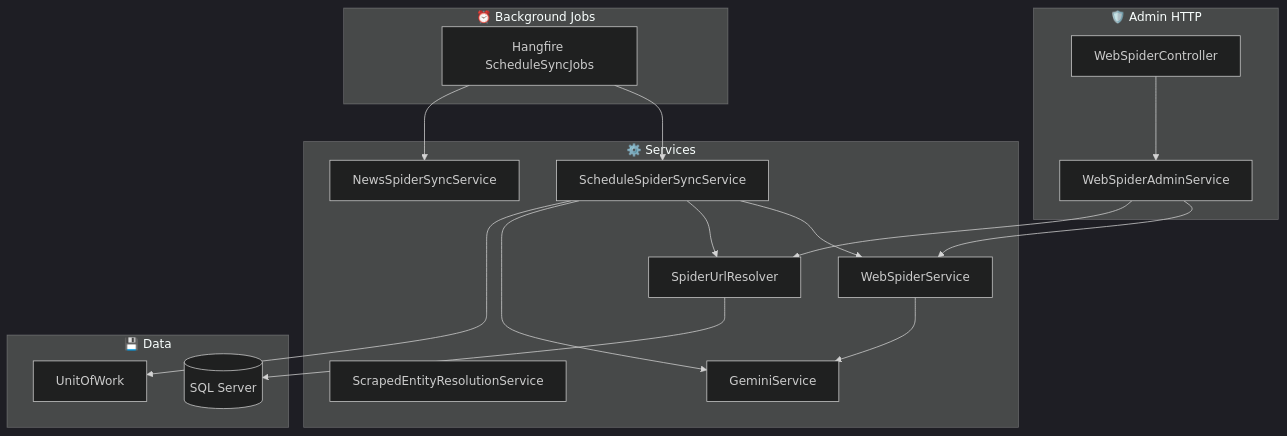
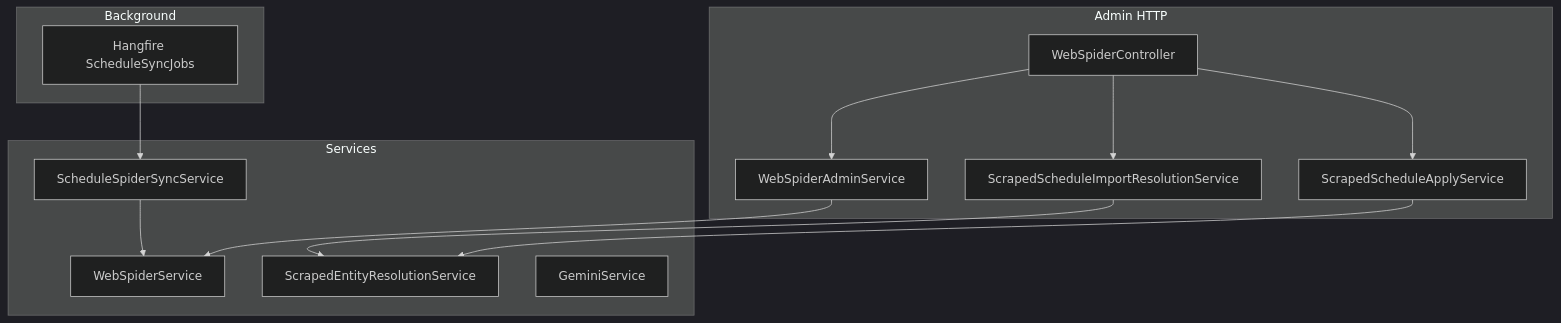
One commit to ArisHorvat/omada-platform changed the second of 2 diagrams in docs/WebSpider.md. Above: the diagram before and after it, drawn with Mermaid (dark theme). The commit also changed other lines of this file and 431 other files, not shown here.

````diff
--- a/docs/WebSpider.md
+++ b/docs/WebSpider.md
@@ -28,37 +112,29 @@
 ```mermaid
 flowchart TB
-    subgraph Admin["🛡️ Admin HTTP"]
+    subgraph Admin["Admin HTTP"]
         WC[WebSpiderController]
         WAS[WebSpiderAdminService]
+        RES[ScrapedScheduleImportResolutionService]
+        APP[ScrapedScheduleApplyService]
     end
 
-    subgraph Jobs["⏰ Background Jobs"]
+    subgraph Jobs["Background"]
         HF[Hangfire ScheduleSyncJobs]
     end
 
-    subgraph Services["⚙️ Services"]
+    subgraph Services["Services"]
         WSS[WebSpiderService]
         SSS[ScheduleSpiderSyncService]
-        NSS[NewsSpiderSyncService]
-        SUR[SpiderUrlResolver]
         SER[ScrapedEntityResolutionService]
         GEM[GeminiService]
     end
 
-    subgraph Data["💾 Data"]
-        UOW[UnitOfWork]
-        DB[(SQL Server)]
-    end
-
     WC --> WAS
+    WC --> RES
+    WC --> APP
     WAS --> WSS
-    WAS --> SUR
+    RES --> SER
+    APP --> SER
     HF --> SSS
-    HF --> NSS
     SSS --> WSS
-    SSS --> SUR
-    SSS --> GEM
-    WSS --> GEM
-    SSS --> UOW
-    SUR --> DB
 ```
````
